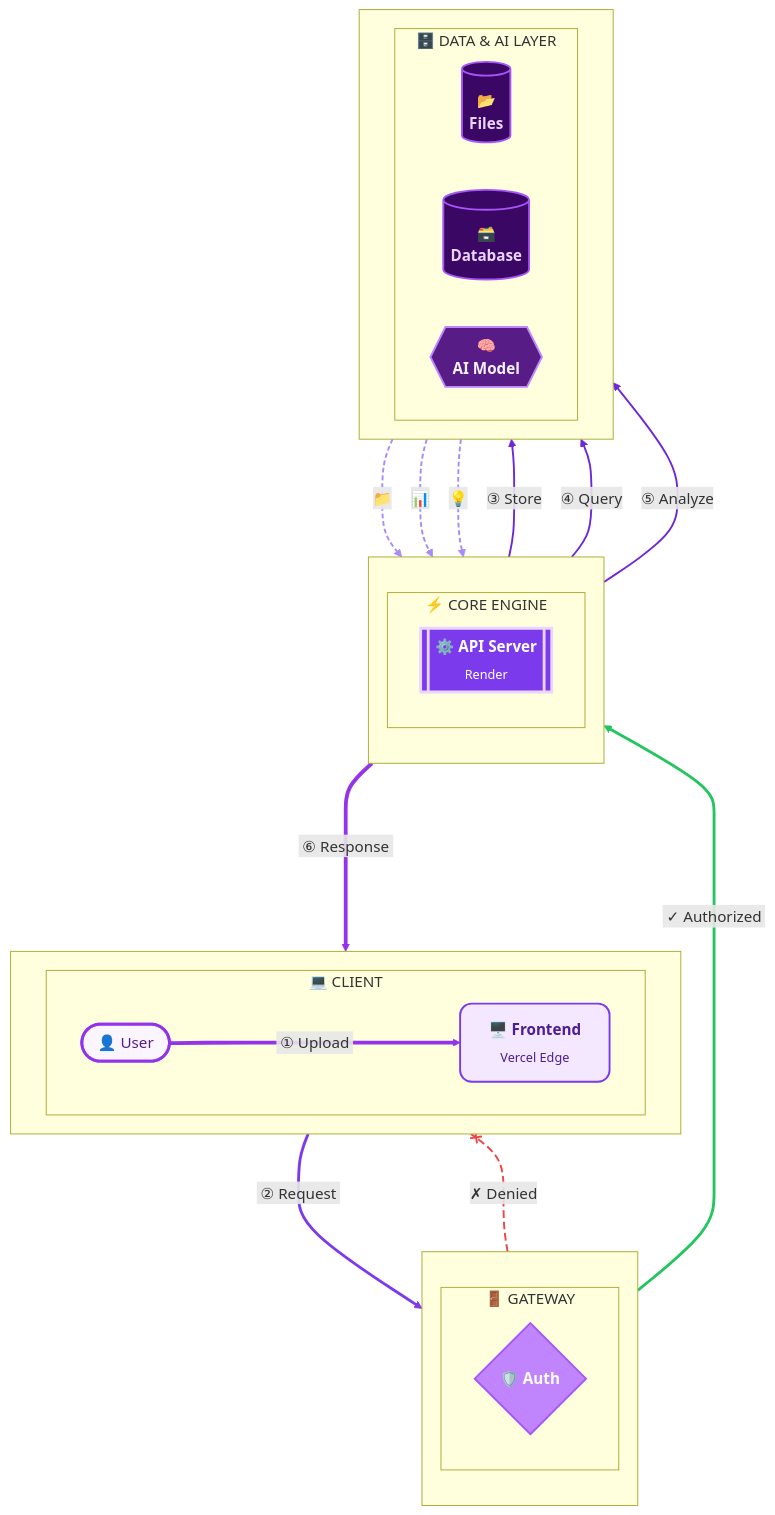
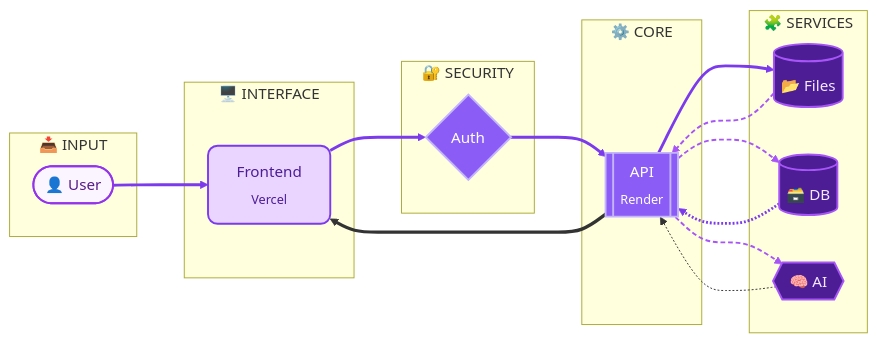
Before and after one commit to SujalAgrawal08/DocBrief: the first of 2 diagrams in README.md, drawn with Mermaid.

````diff
--- a/README.md
+++ b/README.md
@@ -38,82 +38,43 @@
 ```mermaid
-graph TB
-    %% --- REFINED THEME DEFINITIONS ---
-    classDef userNode fill:#faf5ff,stroke:#9333ea,stroke-width:3px,color:#581c87,rx:50,ry:50;
-    classDef uiNode fill:#f3e8ff,stroke:#7c3aed,stroke-width:2px,color:#4c1d95,rx:12,ry:12;
-    classDef authNode fill:#c084fc,stroke:#a855f7,stroke-width:2px,color:#ffffff,rx:2,ry:2;
-    classDef apiNode fill:#7c3aed,stroke:#e9d5ff,stroke-width:3px,color:#ffffff,rx:10,ry:10;
-    classDef dataNode fill:#3b0764,stroke:#a855f7,stroke-width:2px,color:#e9d5ff,rx:6,ry:6;
-    classDef aiNode fill:#581c87,stroke:#c084fc,stroke-width:2px,color:#f5f3ff;
+graph LR
+    %% --- THEME ---
+    classDef layer1 fill:#faf5ff,stroke:#9333ea,stroke-width:2px,color:#581c87,rx:15,ry:15;
+    classDef layer2 fill:#e9d5ff,stroke:#7c3aed,stroke-width:2px,color:#4c1d95,rx:10,ry:10;
+    classDef layer3 fill:#8b5cf6,stroke:#c4b5fd,stroke-width:2px,color:#ffffff,rx:8,ry:8;
+    classDef layer4 fill:#4c1d95,stroke:#a855f7,stroke-width:2px,color:#f3e8ff,rx:5,ry:5;
 
-    %% --- CLIENT LAYER ---
-    subgraph Client ["  "]
-        direction LR
-        subgraph ClientInner ["&nbsp;&nbsp;&nbsp;💻 CLIENT&nbsp;&nbsp;&nbsp;"]
-            User([&nbsp;👤 User&nbsp;])
-            UI["🖥️ <b>Frontend</b><br/><sub>Vercel Edge</sub>"]
-        end
+    subgraph Input ["&nbsp;📥 INPUT&nbsp;"]
+        A([" 👤 User "])
     end
 
-    %% --- GATEWAY LAYER ---
-    subgraph Gateway ["  "]
-        direction TB
-        subgraph GatewayInner ["&nbsp;&nbsp;&nbsp;🚪 GATEWAY&nbsp;&nbsp;&nbsp;"]
-            Auth{"🛡️ <b>Auth</b>"}
-        end
+    subgraph Interface ["&nbsp;🖥️ INTERFACE&nbsp;"]
+        B[" Frontend<br/><sub>Vercel</sub> "]
     end
 
-    %% --- PROCESSING LAYER ---
-    subgraph Processing ["  "]
-        direction TB
-        subgraph ProcessingInner ["&nbsp;&nbsp;&nbsp;⚡ CORE ENGINE&nbsp;&nbsp;&nbsp;"]
-            API[["⚙️ <b>API Server</b><br/><sub>Render</sub>"]]
-        end
+    subgraph Security ["&nbsp;🔐 SECURITY&nbsp;"]
+        C{" Auth "}
     end
 
-    %% --- DATA LAYER ---
-    subgraph Data ["  "]
-        direction LR
-        subgraph DataInner ["&nbsp;&nbsp;&nbsp;🗄️ DATA & AI LAYER&nbsp;&nbsp;&nbsp;"]
-            Bucket[("📂<br/><b>Files</b>")]
-            DB[("🗃️<br/><b>Database</b>")]
-            AI{{"🧠<br/><b>AI Model</b>"}}
-        end
+    subgraph Core ["&nbsp;⚙️ CORE&nbsp;"]
+        D[[" API<br/><sub>Render</sub> "]]
     end
 
-    %% --- MAIN FLOW ---
-    User ====>|"&nbsp;① Upload&nbsp;"| UI
-    UI ===>|"&nbsp;② Request&nbsp;"| Auth
-    
-    Auth ===>|"&nbsp;✓ Authorized&nbsp;"| API
-    Auth -.-x|"✗ Denied"| UI
-    
-    %% --- DATA OPERATIONS ---
-    API --->|"③ Store"| Bucket
-    API --->|"④ Query"| DB
-    API --->|"⑤ Analyze"| AI
-    
-    %% --- RETURNS ---
-    Bucket -..->|"📁"| API
-    DB -..->|"📊"| API
-    AI -..->|"💡"| API
-    
-    %% --- RESPONSE ---
-    API ====>|"&nbsp;⑥ Response&nbsp;"| UI
+    subgraph Services ["&nbsp;🧩 SERVICES&nbsp;"]
+        E[(" 📂 Files ")]
+        F[(" 🗃️ DB ")]
+        G{{" 🧠 AI "}}
+    end
 
-    %% --- APPLY STYLES ---
-    class User userNode
-    class UI uiNode
-    class Auth authNode
-    class API apiNode
-    class Bucket,DB dataNode
-    class AI aiNode
+    A ==> B ==> C ==> D
+    D --> E & F & G
+    E & F & G -.-> D
+    D ==> B
 
-    %% --- LINK STYLING ---
-    linkStyle 0 stroke:#9333ea,stroke-width:4px
-    linkStyle 1 stroke:#7c3aed,stroke-width:3px
-    linkStyle 2 stroke:#22c55e,stroke-width:3px
-    linkStyle 3 stroke:#ef4444,stroke-width:2px,stroke-dasharray:8 4
-    linkStyle 4,5,6 stroke:#6d28d9,stroke-width:2px
-    linkStyle 7,8,9 stroke:#a78bfa,stroke-width:2px,stroke-dasharray:5 3
-    linkStyle 10 stroke:#9333ea,stroke-width:4px
+    class A layer1
+    class B layer2
+    class C,D layer3
+    class E,F,G layer4
+
+    linkStyle 0,1,2,3,7 stroke:#7c3aed,stroke-width:3px
+    linkStyle 4,5,6 stroke:#a855f7,stroke-width:2px,stroke-dasharray:5 3
 ```
````
